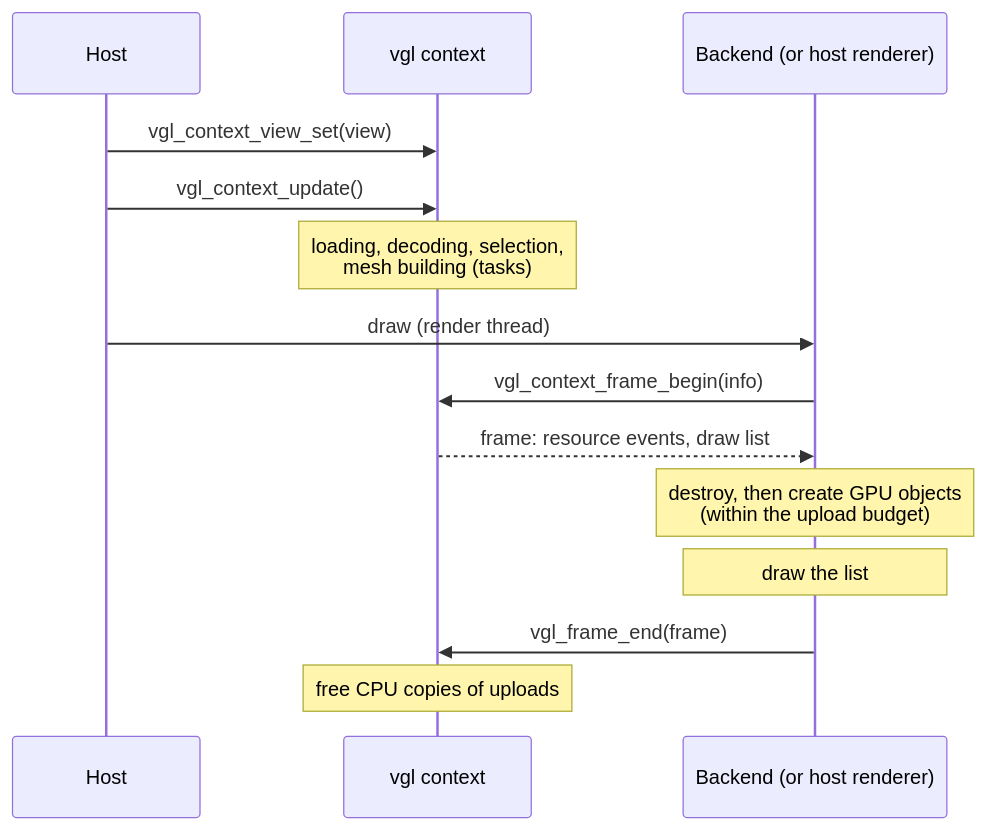
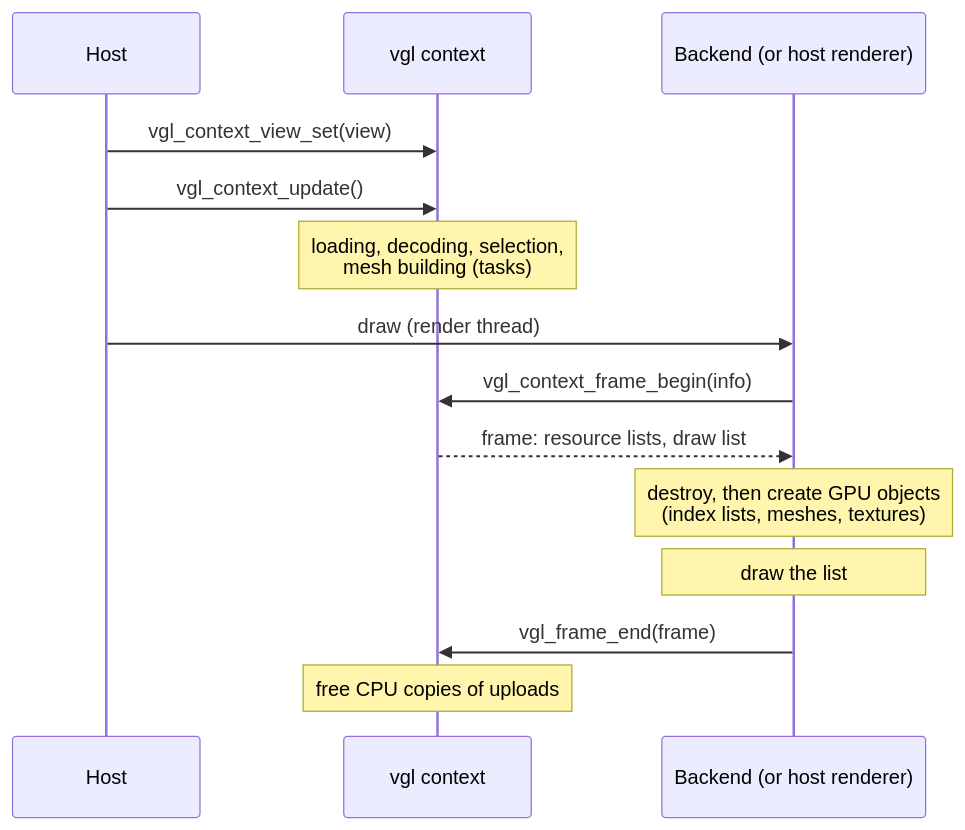
One commit to 3dgep/vgl changed the diagram in docs/render-interface.md. Above: the diagram before and after it, drawn with Mermaid. The commit also changed other lines of this file and 26 other files, not shown here.

````diff
--- a/docs/render-interface.md
+++ b/docs/render-interface.md
@@ -61,16 +61,16 @@
 ```mermaid
 sequenceDiagram
     participant H as Host
     participant C as vgl context
     participant B as Backend (or host renderer)
     H->>C: vgl_context_view_set(view)
     H->>C: vgl_context_update()
     Note over C: loading, decoding, selection,<br/>mesh building (tasks)
     H->>B: draw (render thread)
     B->>C: vgl_context_frame_begin(info)
-    C-->>B: frame: resource events, draw list
-    Note over B: destroy, then create GPU objects<br/>(within the upload budget)
+    C-->>B: frame: resource lists, draw list
+    Note over B: destroy, then create GPU objects<br/>(index lists, meshes, textures)
     Note over B: draw the list
     B->>C: vgl_frame_end(frame)
     Note over C: free CPU copies of uploads
 ```
````
